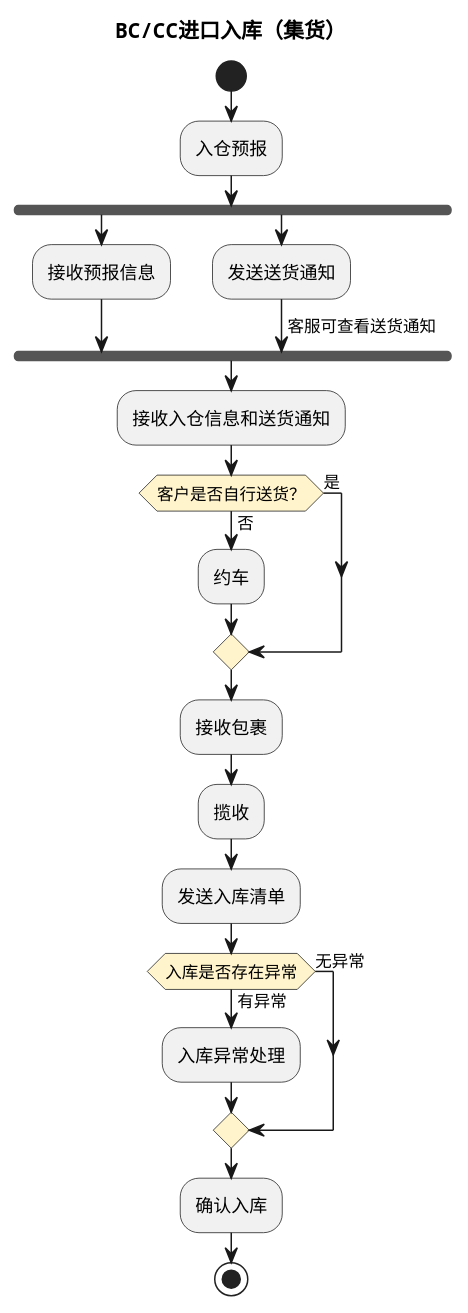
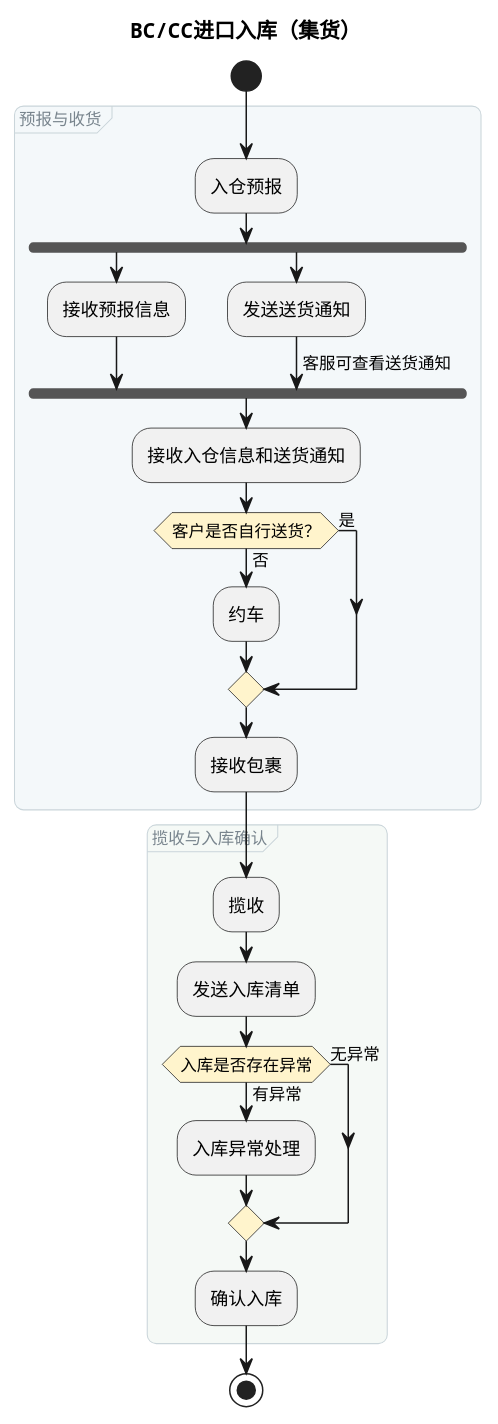
Before and after one commit to jack888332/projects-doc: the second of 6 diagrams in product-caliber/goldjet/segmented-prd/mainflow/PRD.高捷物流系统一期.主流程.05.跨境电商BC、个人物品CC进口详细流程.md, drawn with PlantUML. The commit also changed other lines of this file and 16 other files, not shown here.

Commit message:
给DSL图分组

````diff
--- a/product-caliber/goldjet/segmented-prd/mainflow/PRD.高捷物流系统一期.主流程.05.跨境电商BC、个人物品CC进口详细流程.md
+++ b/product-caliber/goldjet/segmented-prd/mainflow/PRD.高捷物流系统一期.主流程.05.跨境电商BC、个人物品CC进口详细流程.md
@@ -44,28 +60,44 @@
 ```plantuml
 @startuml
 skinparam activityDiamondBackgroundColor #FFF4CC
+<style>
+activityDiagram {
+  group {
+    LineColor #CAD5DA
+    LineThickness 0.7
+    RoundCorner 12
+    FontColor #78848D
+    FontSize 11
+    FontStyle plain
+  }
+}
+</style>
 title BC/CC进口入库（集货）
 start
+group 预报与收货 #F4F8FA {
 :入仓预报;
 fork
   :接收预报信息;
 fork again
   :发送送货通知;
   -> 客服可查看送货通知;
 end fork
 :接收入仓信息和送货通知;
 if (客户是否自行送货？) then (是)
 else (否)
   :约车;
 endif
 :接收包裹;
+}
+group 揽收与入库确认 #F5F9F6 {
 :揽收;
 :发送入库清单;
 if (入库是否存在异常) then (有异常)
   :入库异常处理;
 else (无异常)
 endif
 :确认入库;
+}
 stop
 @enduml
 ```
````
